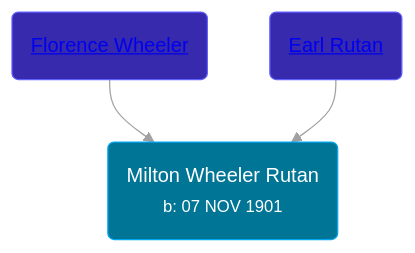
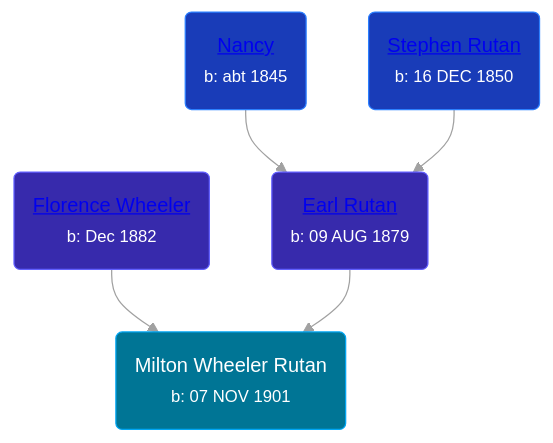
The diagram in pages/people/2/20825556.md (wpmgotkh/wpmgotkh.github.io), drawn with Mermaid (base theme) before and after one commit. The commit also changed other lines of this file and 56 other files, not shown here.

````diff
--- a/pages/people/2/20825556.md
+++ b/pages/people/2/20825556.md
@@ -11,10 +11,12 @@
 ```mermaid
 graph
 classDef grands fill:#193cb8,stroke:#2b7fff,stroke-width:1px,color:#fff;
 classDef parents fill:#372aac,stroke:#615fff,stroke-width:1px,color:#fff;
 classDef primary fill:#007595,stroke:#00a6f4,stroke-width:1px,color:#fff;
 20825556(Milton Wheeler Rutan<br /><small>b: 07 NOV 1901</small>):::primary
-48964520(<a class="text-white" href="/people/4/48964520">Florence Wheeler</a>):::parents-->20825556
-29949376(<a class="text-white" href="/people/2/29949376">Earl Rutan</a>):::parents-->20825556
+48964520(<a class="text-white" href="/people/4/48964520">Florence Wheeler</a><br /><small>b: Dec 1882</small>):::parents-->20825556
+29949376(<a class="text-white" href="/people/2/29949376">Earl Rutan</a><br /><small>b: 09 AUG 1879</small>):::parents-->20825556
+21074596(<a class="text-white" href="/people/2/21074596">Nancy </a><br /><small>b: abt 1845</small>):::grands-->29949376
+38101242(<a class="text-white" href="/people/3/38101242">Stephen Rutan</a><br /><small>b: 16 DEC 1850</small>):::grands-->29949376
 linkStyle default stroke:#a1a1a1
 ```
````
